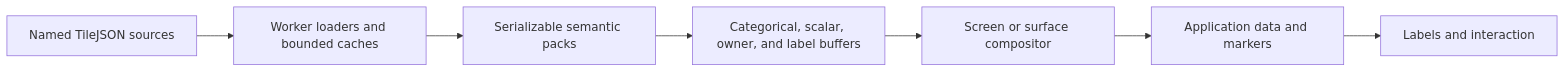
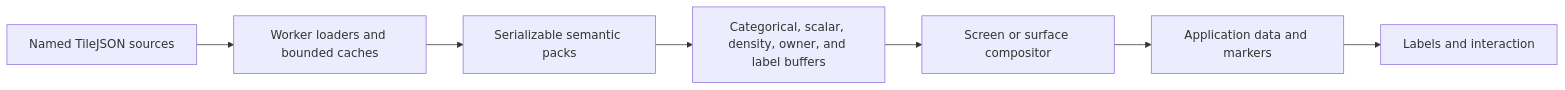
The diagram in NEXT_STEPS.md (niko-dellic/bad-map), drawn with Mermaid before and after one commit. The commit also changed other lines of this file and 20 other files, not shown here.

````diff
--- a/NEXT_STEPS.md
+++ b/NEXT_STEPS.md
@@ -29,9 +30,9 @@
 ```mermaid
 flowchart LR
   S["Named TileJSON sources"] --> W["Worker loaders and bounded caches"]
   W --> P["Serializable semantic packs"]
-  P --> C["Categorical, scalar, owner, and label buffers"]
+  P --> C["Categorical, scalar, density, owner, and label buffers"]
   C --> B["Screen or surface compositor"]
   B --> D["Application data and markers"]
   D --> L["Labels and interaction"]
 ```
````
